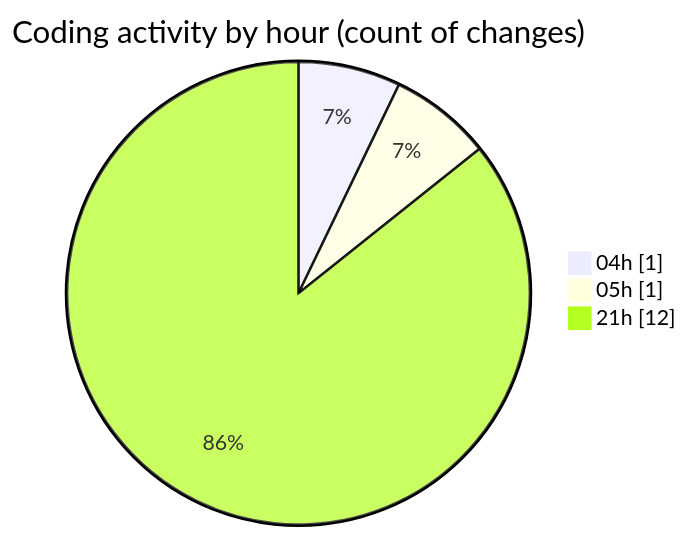
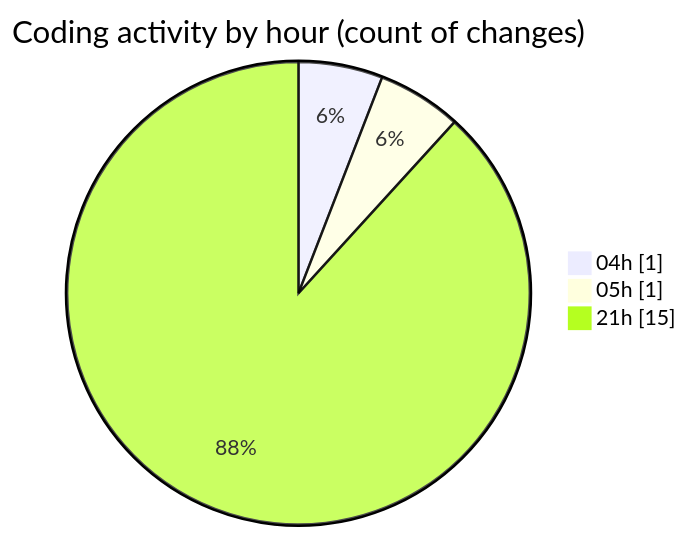
The second of 2 diagrams in 2025-03-26/autodidak/README.md (idhammustaqopulfikri/code-tracking), drawn with Mermaid before and after one commit. The commit also changed other lines of this file and 1 other file, not shown here.

````diff
--- a/2025-03-26/autodidak/README.md
+++ b/2025-03-26/autodidak/README.md
@@ -36,7 +37,7 @@
 ```mermaid
 pie showData
 title Coding activity by hour (count of changes)
 "04h" : 1
 "05h" : 1
-"21h" : 12
+"21h" : 15
 ```
````
